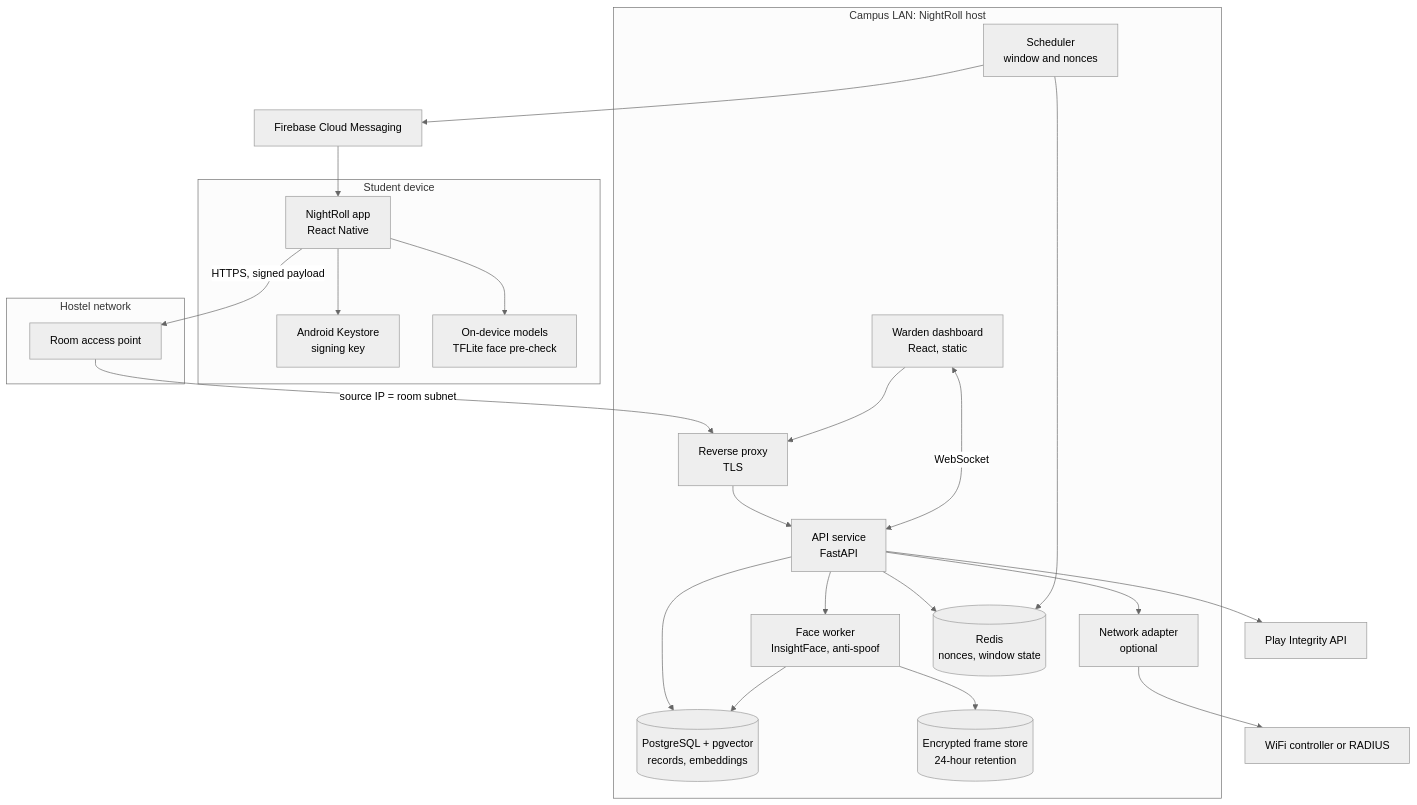
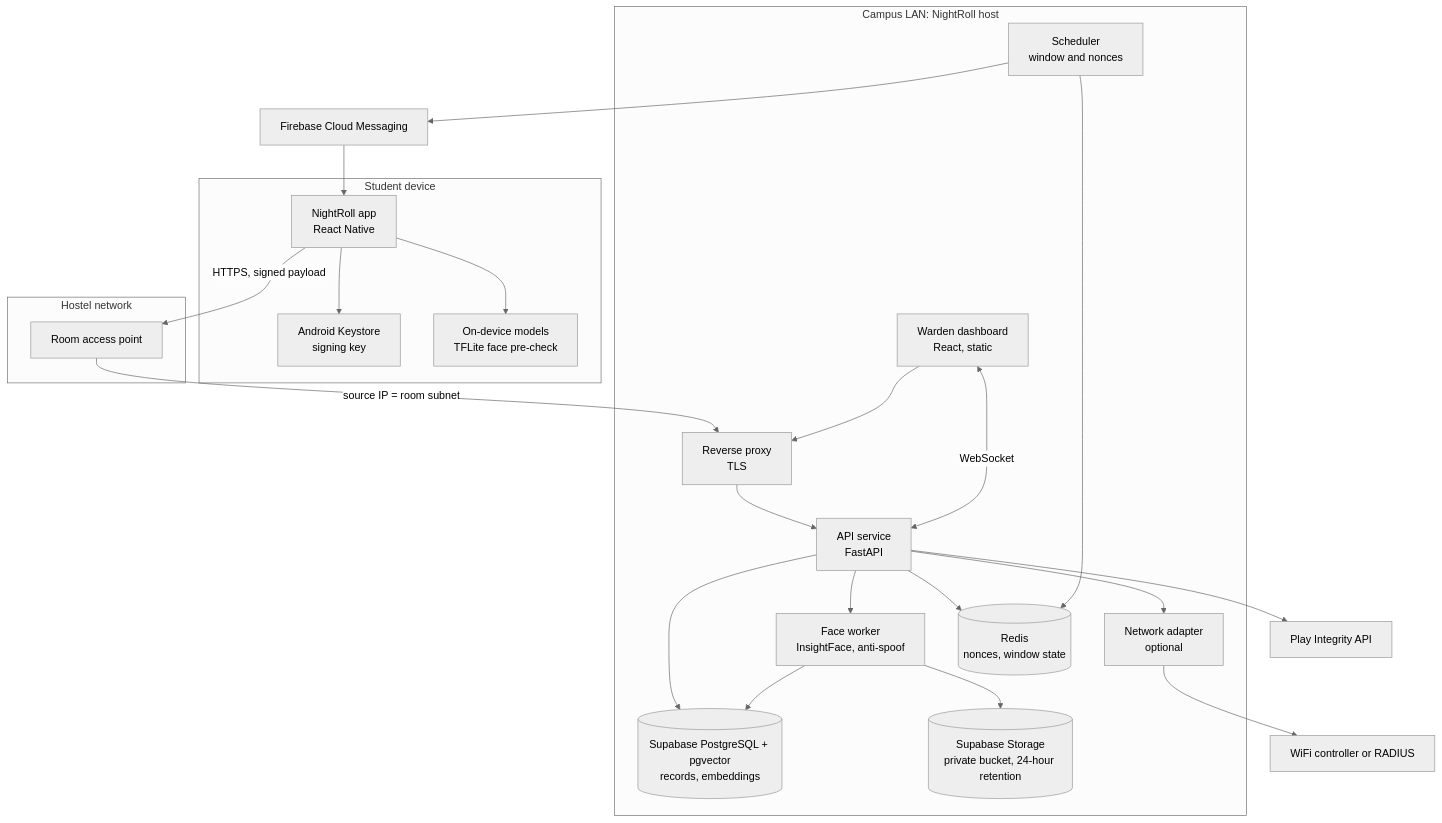
Before and after one commit to Rahul-8283/NightRoll: the second of 10 diagrams in docs/architecture.md, drawn with Mermaid (neutral theme). The commit also changed other lines of this file and 2 other files, not shown here.

Commit message:
docs: move database, auth and storage to Supabase across PRD, TRD and architecture

````diff
--- a/docs/architecture.md
+++ b/docs/architecture.md
@@ -78,47 +78,47 @@
 ```mermaid
 flowchart TB
     subgraph Device["Student device"]
         App["NightRoll app<br/>React Native"]
         Keystore["Android Keystore<br/>signing key"]
         Models["On-device models<br/>TFLite face pre-check"]
         App --> Keystore
         App --> Models
     end
 
     subgraph Network["Hostel network"]
         AP["Room access point"]
     end
 
     subgraph Campus["Campus LAN: NightRoll host"]
         Proxy["Reverse proxy<br/>TLS"]
         API["API service<br/>FastAPI"]
         Sched["Scheduler<br/>window and nonces"]
         Face["Face worker<br/>InsightFace, anti-spoof"]
         Adapter["Network adapter<br/>optional"]
         Redis[("Redis<br/>nonces, window state")]
-        PG[("PostgreSQL + pgvector<br/>records, embeddings")]
-        Frames[("Encrypted frame store<br/>24-hour retention")]
+        PG[("Supabase PostgreSQL + pgvector<br/>records, embeddings")]
+        Frames[("Supabase Storage<br/>private bucket, 24-hour retention")]
         Dash["Warden dashboard<br/>React, static"]
     end
 
     Ext1["Firebase Cloud Messaging"]
     Ext2["Play Integrity API"]
     Ext3["WiFi controller or RADIUS"]
 
     App -- "HTTPS, signed payload" --> AP
     AP -- "source IP = room subnet" --> Proxy
     Proxy --> API
     API --> Redis
     API --> PG
     API --> Face
     Face --> PG
     Face --> Frames
     Sched --> Redis
     Sched --> Ext1
     Ext1 --> App
     API --> Ext2
     Adapter --> Ext3
     API --> Adapter
     Dash <-- "WebSocket" --> API
     Dash --> Proxy
 ```
````
